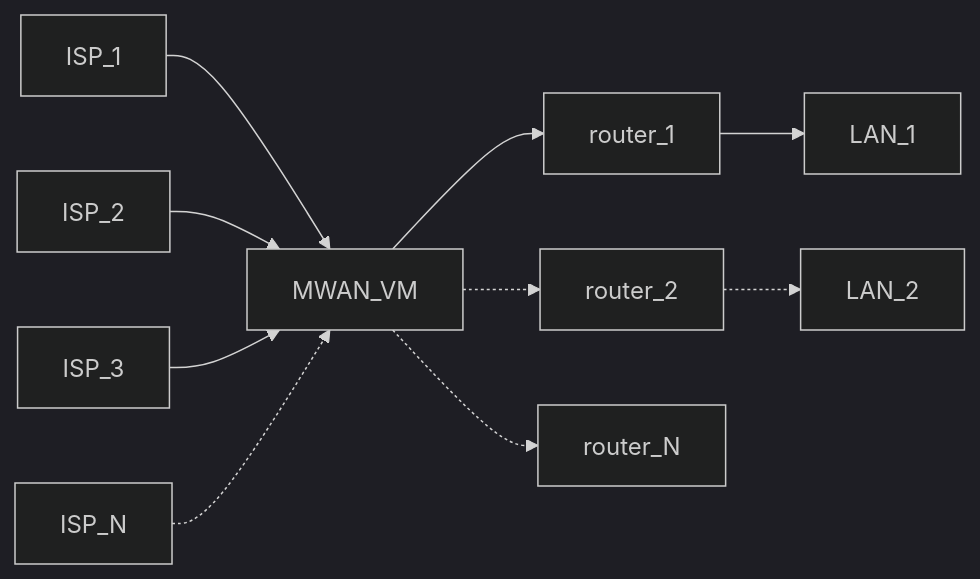
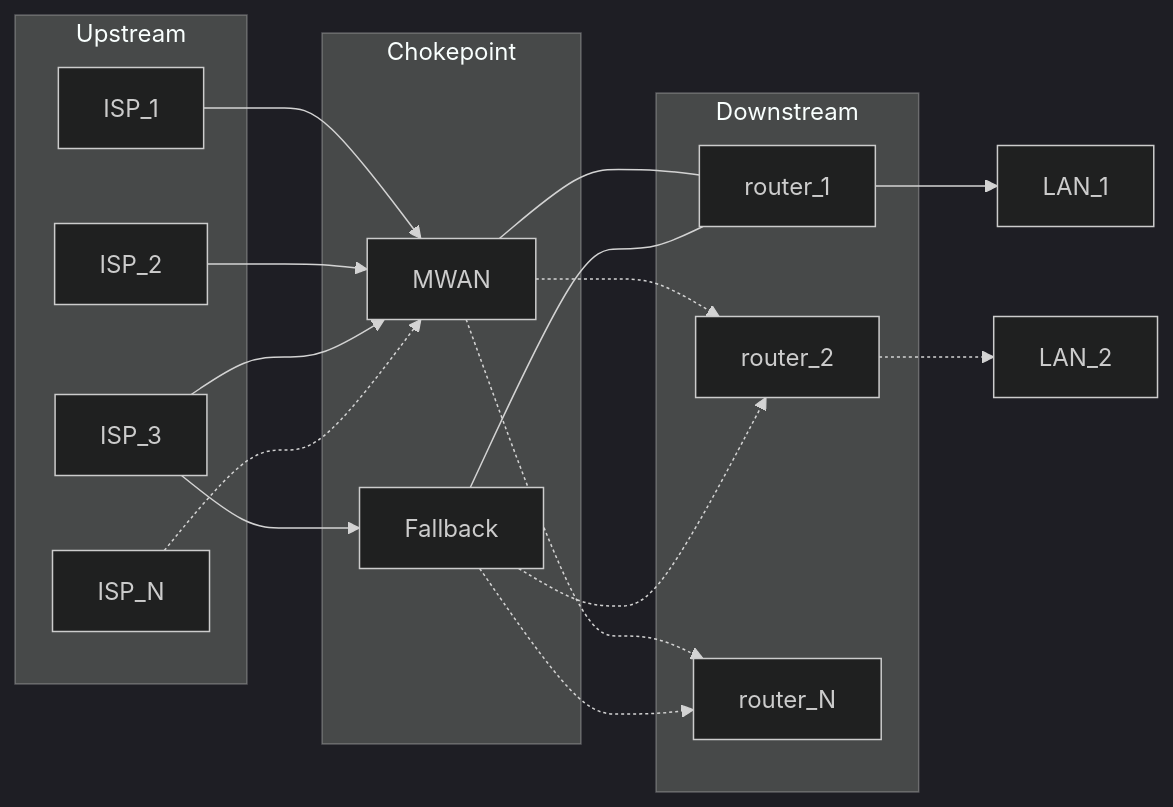
Before and after one commit to agoodkind/configs: the first of 4 diagrams in docs/mwan.md, drawn with Mermaid (dark theme). The commit also changed other lines of this file, not shown here.

Commit message:
Recast MWAN exec layers as upstream, chokepoint, and downstream in docs/mwan.md

````diff
--- a/docs/mwan.md
+++ b/docs/mwan.md
@@ -45,22 +44,33 @@
 ```mermaid
 flowchart LR
-  isp1[ISP_1]
-  isp2[ISP_2]
-  isp3[ISP_3]
-  ispN[ISP_N]
-  mwanVm[MWAN_VM]
-  r1[router_1]
-  r2[router_2]
-  rN[router_N]
+  subgraph upstream [Upstream]
+    isp1[ISP_1]
+    isp2[ISP_2]
+    isp3[ISP_3]
+    ispN[ISP_N]
+  end
+  subgraph chokepoint [Chokepoint]
+    mwan[MWAN]
+    fallback[Fallback]
+  end
+  subgraph downstream [Downstream]
+    r1[router_1]
+    r2[router_2]
+    rN[router_N]
+  end
   lan1[LAN_1]
   lan2[LAN_2]
-  isp1 --> mwanVm
-  isp2 --> mwanVm
-  isp3 --> mwanVm
-  ispN -.-> mwanVm
-  mwanVm --> r1
+  isp1 --> mwan
+  isp2 --> mwan
+  isp3 --> mwan
+  isp3 --> fallback
+  ispN -.-> mwan
+  mwan --- r1
+  fallback --- r1
+  mwan -.-> r2
+  fallback -.-> r2
+  mwan -.-> rN
+  fallback -.-> rN
   r1 --> lan1
-  mwanVm -.-> r2
   r2 -.-> lan2
-  mwanVm -.-> rN
 ```
````
